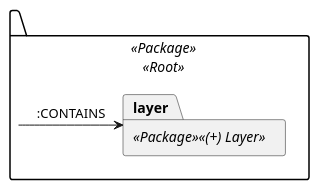
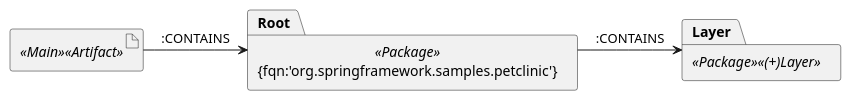
One commit to murdos/spring-petclinic changed the diagram in jqassistant/layer.adoc. Above: the diagram before and after it, drawn with PlantUML. The commit also changed other lines of this file, not shown here.

Commit message:
simplified concept "layer:Layer"

```diff
--- a/jqassistant/layer.adoc
+++ b/jqassistant/layer.adoc
@@ -29,13 +11,14 @@
-[plantuml,layer,role=concept,requiresConcepts="layer:Root"]
+[plantuml,layer,role=concept]
 ----
 @startuml
 skinparam componentStyle uml2
 
-package [] as root <<Package>><<Root>> {
-  package "layer" as layer <<Package>><<(+) Layer>>
-}
+artifact " " as Main <<Main>> <<Artifact>>
+package "{fqn:'org.springframework.samples.petclinic'}" as Root <<Package>>
+package "Layer" as Layer <<Package>><<(+)Layer>>
 
-root -> layer : :CONTAINS
+Main -> Root :  :CONTAINS
+Root -> Layer : :CONTAINS
 
 @enduml
 ----
```
